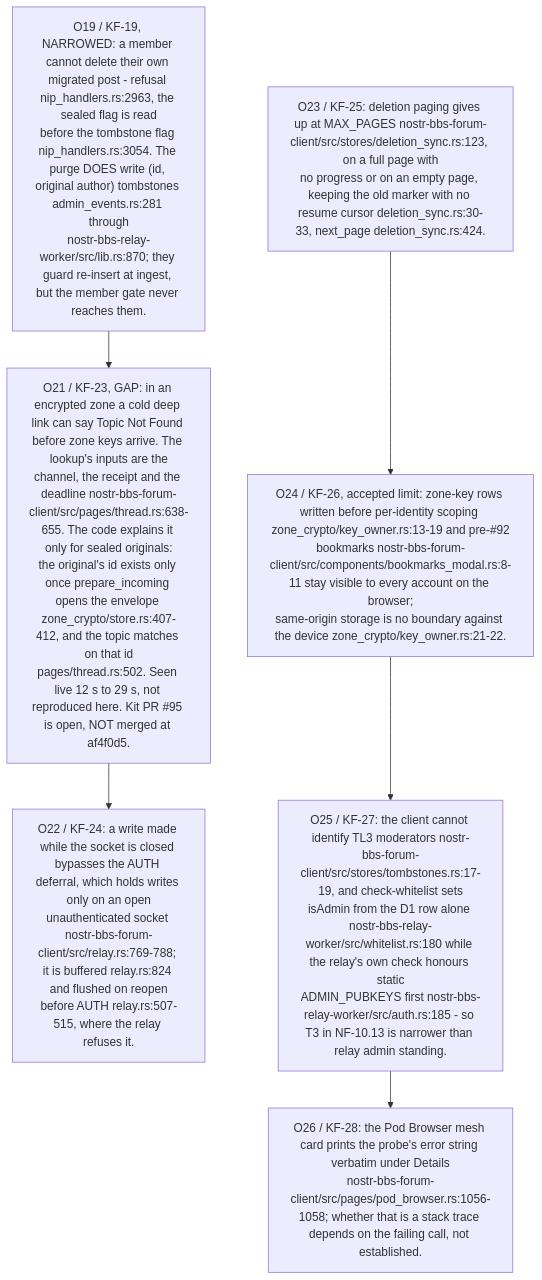
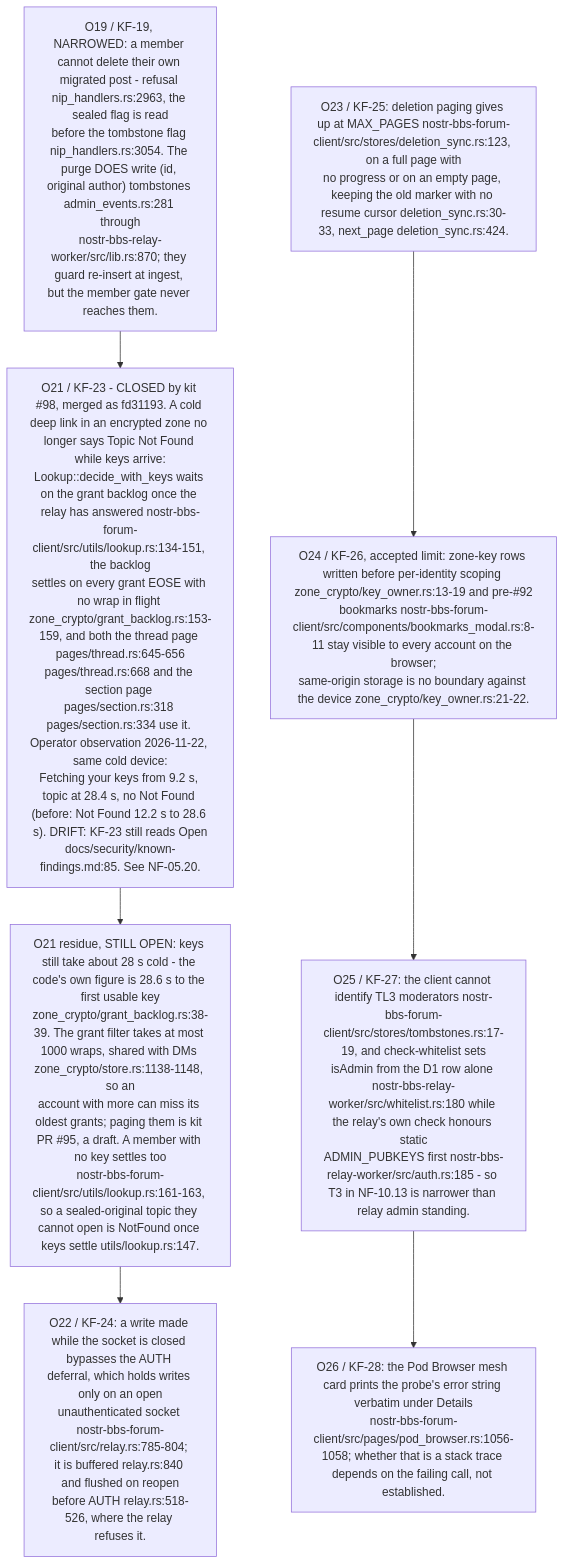
Diagram 13 of 13 in docs/diagrams/nostr-rust-forum/10-invariants-and-anomaly-register.md (DreamLab-AI/VisionFlow), drawn with Mermaid before and after one commit. The commit also changed other lines of this file and 1 other file, not shown here.

First line of the commit message:
WIP diagrams/kit-fold: re-stamp NF-05 and NF-10 to fd31193, close O21, fold kit register items

````diff
--- a/docs/diagrams/nostr-rust-forum/10-invariants-and-anomaly-register.md
+++ b/docs/diagrams/nostr-rust-forum/10-invariants-and-anomaly-register.md
@@ -309,12 +333,13 @@
 ```mermaid
 flowchart TB
     O19["O19 / KF-19, NARROWED: a member cannot delete their own migrated post - refusal nip_handlers.rs:2963, the sealed flag is read<br/>before the tombstone flag nip_handlers.rs:3054. The purge DOES write (id, original author) tombstones admin_events.rs:281 through<br/>nostr-bbs-relay-worker/src/lib.rs:870; they guard re-insert at ingest, but the member gate never reaches them."]
-    O21["O21 / KF-23, GAP: in an encrypted zone a cold deep link can say Topic Not Found before zone keys arrive. The lookup's inputs are the<br/>channel, the receipt and the deadline nostr-bbs-forum-client/src/pages/thread.rs:638-655. The code explains it only for sealed originals:<br/>the original's id exists only once prepare_incoming opens the envelope zone_crypto/store.rs:407-412, and the topic matches on that id<br/>pages/thread.rs:502. Seen live 12 s to 29 s, not reproduced here. Kit PR #95 is open, NOT merged at af4f0d5."]
-    O22["O22 / KF-24: a write made while the socket is closed bypasses the AUTH deferral, which holds writes only on an open<br/>unauthenticated socket nostr-bbs-forum-client/src/relay.rs:769-788; it is buffered relay.rs:824 and flushed on reopen<br/>before AUTH relay.rs:507-515, where the relay refuses it."]
+    O21["O21 / KF-23 - CLOSED by kit #98, merged as fd31193. A cold deep link in an encrypted zone no longer says Topic Not Found while keys arrive:<br/>Lookup::decide_with_keys waits on the grant backlog once the relay has answered nostr-bbs-forum-client/src/utils/lookup.rs:134-151, the backlog<br/>settles on every grant EOSE with no wrap in flight zone_crypto/grant_backlog.rs:153-159, and both the thread page pages/thread.rs:645-656<br/>pages/thread.rs:668 and the section page pages/section.rs:318 pages/section.rs:334 use it. Operator observation 2026-11-22, same cold device:<br/>Fetching your keys from 9.2 s, topic at 28.4 s, no Not Found (before: Not Found 12.2 s to 28.6 s). DRIFT: KF-23 still reads Open<br/>docs/security/known-findings.md:85. See NF-05.20."]
+    O21r["O21 residue, STILL OPEN: keys still take about 28 s cold - the code's own figure is 28.6 s to the first usable key<br/>zone_crypto/grant_backlog.rs:38-39. The grant filter takes at most 1000 wraps, shared with DMs zone_crypto/store.rs:1138-1148, so an<br/>account with more can miss its oldest grants; paging them is kit PR #95, a draft. A member with no key settles too<br/>nostr-bbs-forum-client/src/utils/lookup.rs:161-163, so a sealed-original topic they cannot open is NotFound once keys settle utils/lookup.rs:147."]
+    O22["O22 / KF-24: a write made while the socket is closed bypasses the AUTH deferral, which holds writes only on an open<br/>unauthenticated socket nostr-bbs-forum-client/src/relay.rs:785-804; it is buffered relay.rs:840 and flushed on reopen<br/>before AUTH relay.rs:518-526, where the relay refuses it."]
     O23["O23 / KF-25: deletion paging gives up at MAX_PAGES nostr-bbs-forum-client/src/stores/deletion_sync.rs:123, on a full page with<br/>no progress or on an empty page, keeping the old marker with no resume cursor deletion_sync.rs:30-33, next_page deletion_sync.rs:424."]
     O24["O24 / KF-26, accepted limit: zone-key rows written before per-identity scoping zone_crypto/key_owner.rs:13-19 and pre-#92<br/>bookmarks nostr-bbs-forum-client/src/components/bookmarks_modal.rs:8-11 stay visible to every account on the browser;<br/>same-origin storage is no boundary against the device zone_crypto/key_owner.rs:21-22."]
     O25["O25 / KF-27: the client cannot identify TL3 moderators nostr-bbs-forum-client/src/stores/tombstones.rs:17-19, and check-whitelist sets<br/>isAdmin from the D1 row alone nostr-bbs-relay-worker/src/whitelist.rs:180 while the relay's own check honours static<br/>ADMIN_PUBKEYS first nostr-bbs-relay-worker/src/auth.rs:185 - so T3 in NF-10.13 is narrower than relay admin standing."]
     O26["O26 / KF-28: the Pod Browser mesh card prints the probe's error string verbatim under Details<br/>nostr-bbs-forum-client/src/pages/pod_browser.rs:1056-1058; whether that is a stack trace depends on the failing call, not established."]
-    O19 --> O21 --> O22
+    O19 --> O21 --> O21r --> O22
     O23 --> O24 --> O25 --> O26
 ```
````
